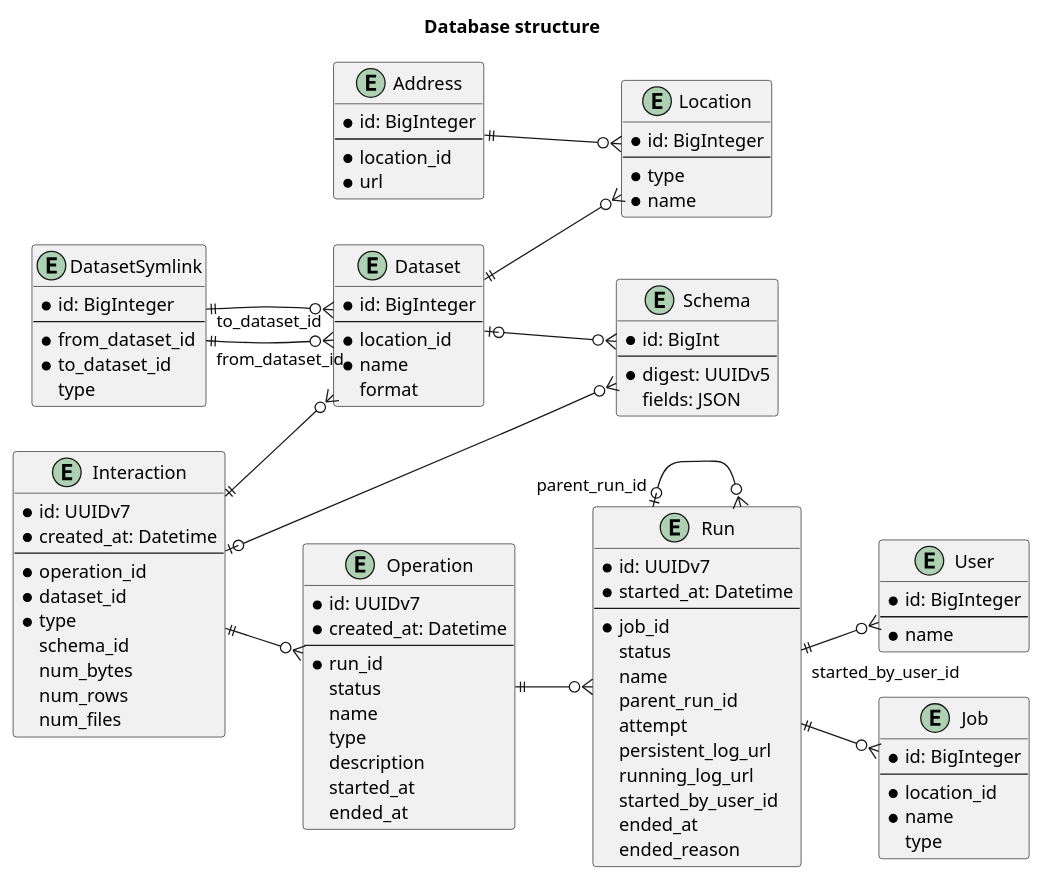
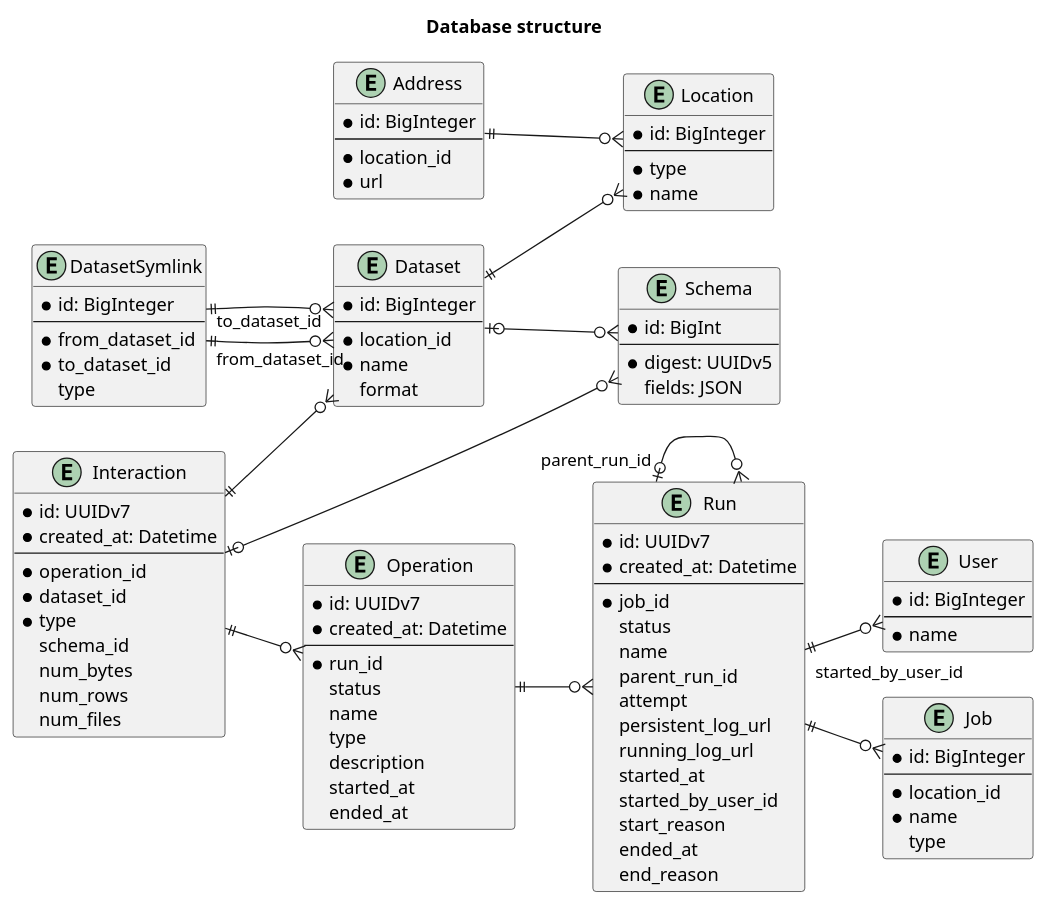
Before and after one commit to MobileTeleSystems/data-rentgen: the diagram in data_rentgen/db/models/README.rst, drawn with PlantUML. The commit also changed 14 other files, not shown here.

Commit message:
[DOP-18285] Collect run.start_reason in consumer

```diff
--- a/data_rentgen/db/models/README.rst
+++ b/data_rentgen/db/models/README.rst
@@ -56,7 +56,7 @@
 
     entity Run {
         * id: UUIDv7
-        * started_at: Datetime
+        * created_at: Datetime
         ----
         * job_id
         status
@@ -65,9 +65,11 @@
         attempt
         persistent_log_url
         running_log_url
+        started_at
         started_by_user_id
+        start_reason
         ended_at
-        ended_reason
+        end_reason
     }
 
     entity Operation {
```
